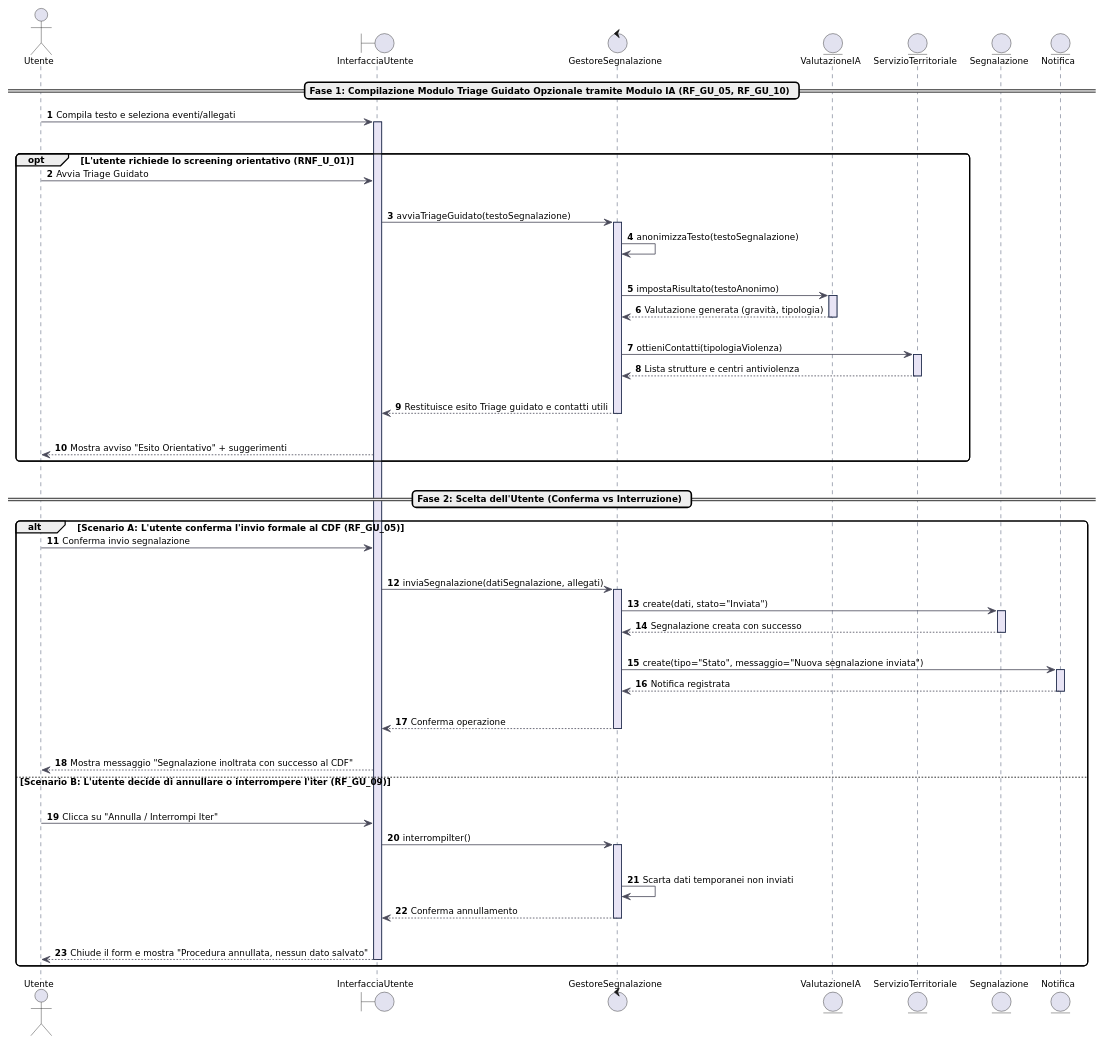
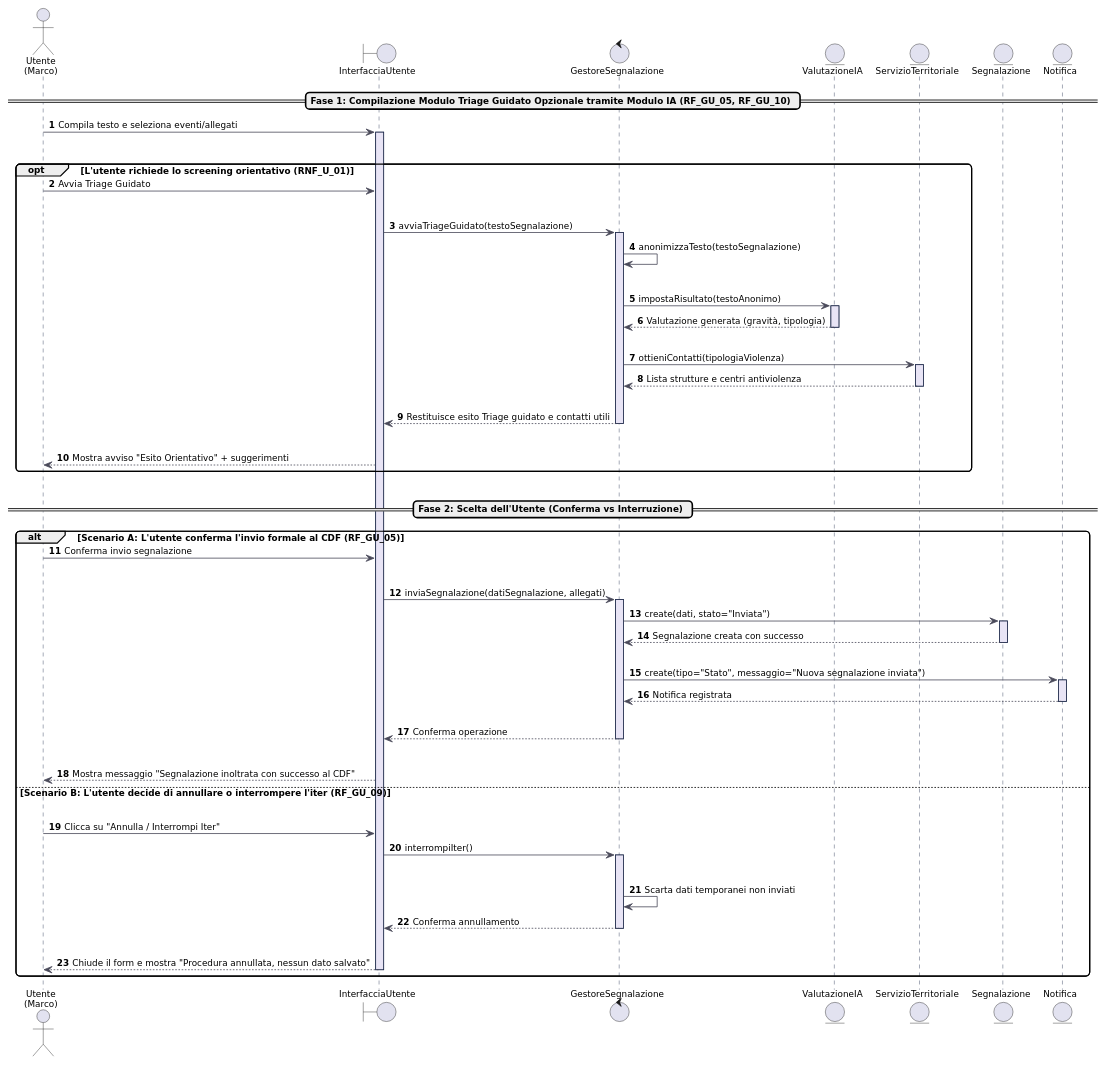
Before and after one commit to pharos-oss/pharos: the diagram in docs/models/sequence/SD_01_Invio_Segnalazione_Utente.puml, drawn with PlantUML. The commit also changed 1 other file, not shown here.

Commit message:
fix: uniformato stile diagrammi di sequenza

```diff
--- a/docs/models/sequence/SD_01_Invio_Segnalazione_Utente.puml
+++ b/docs/models/sequence/SD_01_Invio_Segnalazione_Utente.puml
@@ -1,131 +1,131 @@
 @startuml SD_01_InvioSegnalazioneTriage
 skinparam shadowing false
 skinparam defaultFontName "DejaVu Sans"
 skinparam defaultFontSize 11
 skinparam roundcorner 10
 skinparam BoxPadding 10
 
 skinparam sequence {
     ArrowColor #4A4A5A
     LifeLineBorderColor #1E2A4A
     LifeLineBackgroundColor #E8E4F5
     ParticipantBorderColor #1E2A4A
     ParticipantBackgroundColor White
     ParticipantFontColor #1E2A4A
     BoxBackgroundColor #F8F9FA
     BoxBorderColor #D0D0D0
 }
 
 autonumber
 
-actor "Utente" as U
+actor "Utente\n(Marco)" as U
 boundary "InterfacciaUtente" as IU
 control "GestoreSegnalazione" as GS
 entity "ValutazioneIA" as VIA
 entity "ServizioTerritoriale" as ST
 entity "Segnalazione" as S
 entity "Notifica" as N
 
 == Fase 1: Compilazione Modulo Triage Guidato Opzionale tramite Modulo IA (RF_GU_05, RF_GU_10) ==
 
 U -> IU : Compila testo e seleziona eventi/allegati
 activate IU
 
 |||
 
 opt L'utente richiede lo screening orientativo (RNF_U_01)
     U -> IU : Avvia Triage Guidato
     
     |||
     
     IU -> GS : avviaTriageGuidato(testoSegnalazione)
     activate GS
     
     ' Garantisce l'anonimizzazione preventiva e la policy zero-retention (RNF_L_01, RNF_IM_02)
     GS -> GS : anonimizzaTesto(testoSegnalazione)
     
     |||
     
     ' Interrogazione stateless con vincolo temporale <= 5s (RNF_P_01)
     GS -> VIA : impostaRisultato(testoAnonimo)
     activate VIA
     VIA --> GS : Valutazione generata (gravità, tipologia)
     deactivate VIA
     
     ||20||
     
     ' Recupero dei servizi territoriali consigliati in base all'esito (RF_GU_11)
     GS -> ST : ottieniContatti(tipologiaViolenza)
     activate ST
     ST --> GS : Lista strutture e centri antiviolenza
     deactivate ST
     
     ||20||
     
     GS --> IU : Restituisce esito Triage guidato e contatti utili
     deactivate GS
     
     |||
     
     IU --> U : Mostra avviso "Esito Orientativo" + suggerimenti
 end
 
 ||20||
 
 == Fase 2: Scelta dell'Utente (Conferma vs Interruzione) ==
 
 alt Scenario A: L'utente conferma l'invio formale al CDF (RF_GU_05)
 
     U -> IU : Conferma invio segnalazione
     
     |||
     
     IU -> GS : inviaSegnalazione(datiSegnalazione, allegati)
     activate GS
     
     ' Creazione entità Segnalazione
     GS -> S : create(dati, stato="Inviata")
     activate S
     S --> GS : Segnalazione creata con successo
     deactivate S
     
     ||20||
     
     ' Creazione e notifica al CDF (RF_GU_07)
     GS -> N : create(tipo="Stato", messaggio="Nuova segnalazione inviata")
     activate N
     N --> GS : Notifica registrata
     deactivate N
     
     ||20||
     
     GS --> IU : Conferma operazione
     deactivate GS
     
     |||
     
     IU --> U : Mostra messaggio "Segnalazione inoltrata con successo al CDF"
 
 else Scenario B: L'utente decide di annullare o interrompere l'iter (RF_GU_09)
 
     |||
 
     U -> IU : Clicca su "Annulla / Interrompi Iter"
     IU -> GS : interrompiIter()
     activate GS
     
     |||
     
     GS -> GS : Scarta dati temporanei non inviati
     GS --> IU : Conferma annullamento
     deactivate GS
     
     |||
     
     IU --> U : Chiude il form e mostra "Procedura annullata, nessun dato salvato"
 
     deactivate IU
 
 end
 
 @enduml
```
